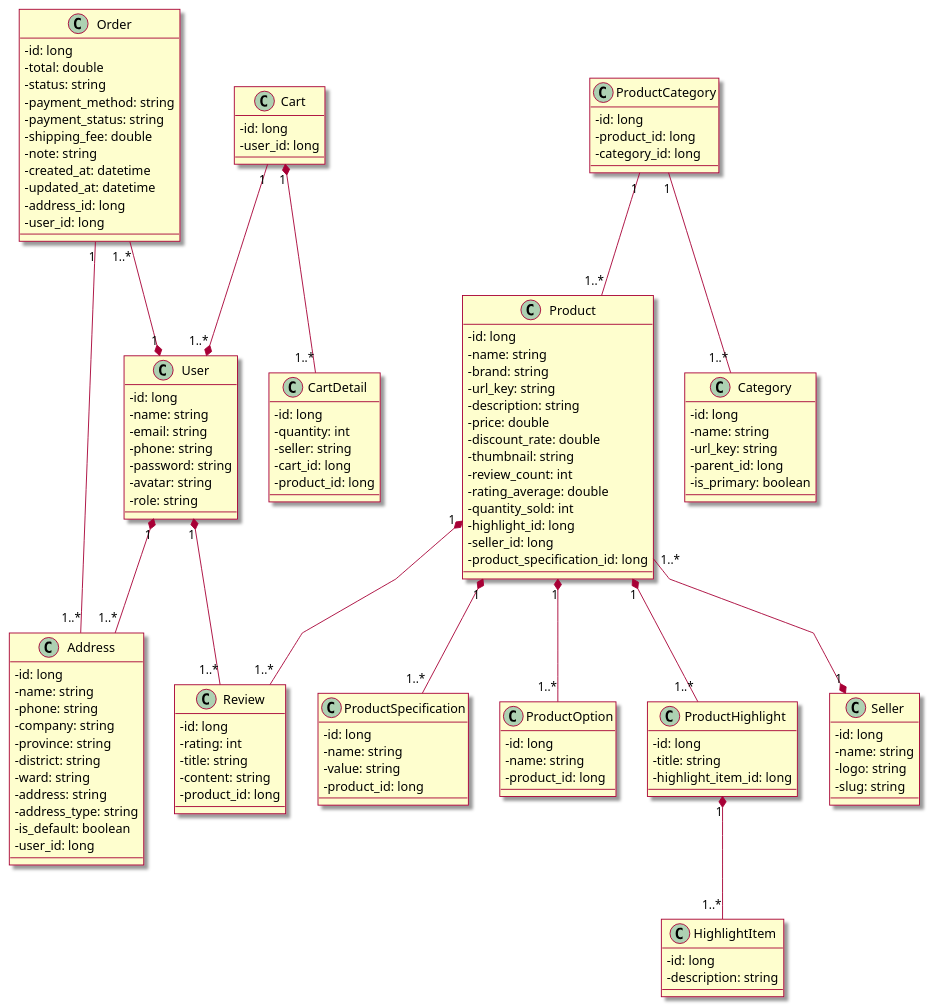
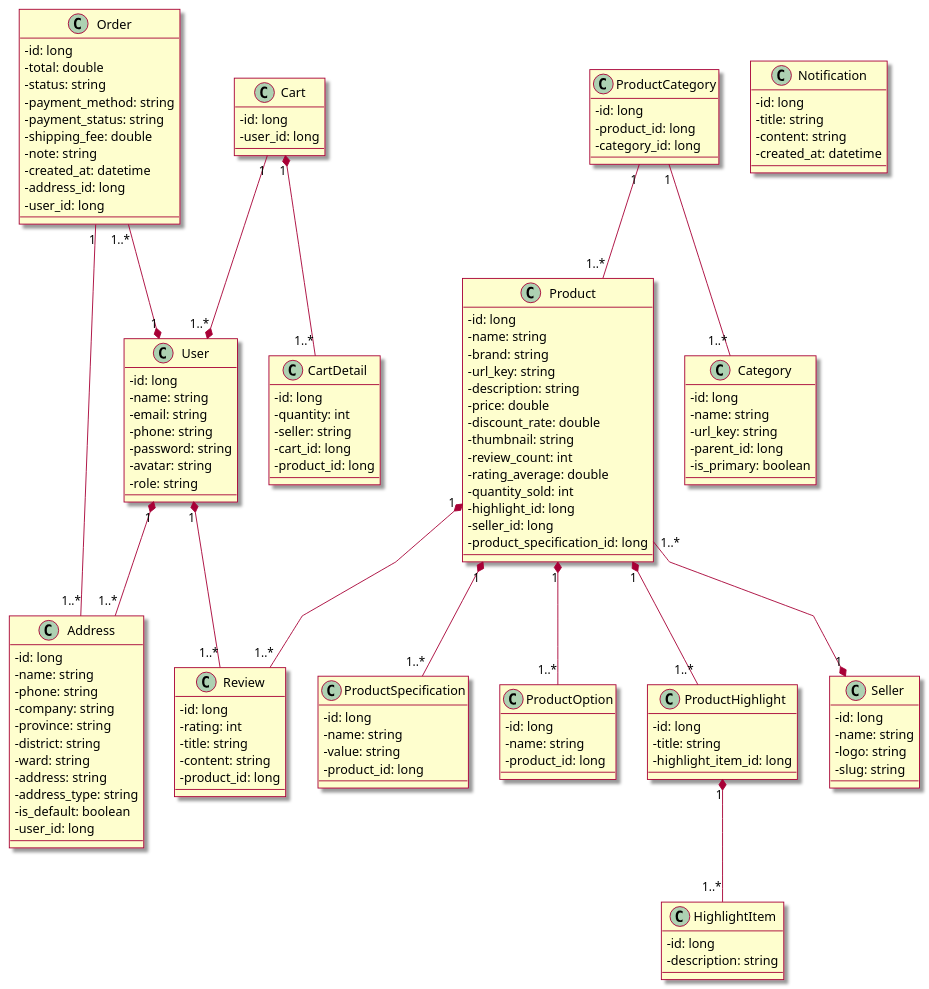
Before and after one commit to Marowota/ecommerce-plantuml: the diagram in Class/ClassDiagram.puml, drawn with PlantUML.

```diff
--- a/Class/ClassDiagram.puml
+++ b/Class/ClassDiagram.puml
@@ -1,154 +1,161 @@
 @startuml Class Diagram
 
 skin rose
 skinparam classAttributeIconSize 0
 ' skinparam linetype ortho
 skinparam linetype polyline
 
 ' Product
 class Product{
     - id: long
     - name: string
     - brand: string
     - url_key: string
     - description: string
     - price: double
     - discount_rate: double
     - thumbnail: string
     - review_count: int
     - rating_average: double
     - quantity_sold: int
     - highlight_id: long
     - seller_id: long
     - product_specification_id: long
 }
 
 class ProductSpecification{
     - id: long
     - name: string
     - value: string
     - product_id: long
 }
 
 class ProductOption{
     - id: long
     - name: string
     - product_id: long
 }
 
 class ProductCategory{
     - id: long
     - product_id: long
     - category_id: long
 }
 
 class ProductHighlight{
     - id: long
     - title: string
     - highlight_item_id: long
 }
 
 class HighlightItem{
     - id: long
     - description: string
 }
 
 class Seller{
     - id: long
     - name: string
     - logo: string
     - slug: string
 }
 
 ' Category
 class Category{
     - id: long
     - name: string
     - url_key: string
     - parent_id: long
     - is_primary: boolean
 }
 
 ' Review
 class Review{
     - id: long
     - rating: int
     - title: string
     - content: string
     - product_id: long
 }
 
 ' User
 class User{
     - id: long
     - name: string
     - email: string
     - phone: string
     - password: string
     - avatar: string
     - role: string
 }
 
 class Address{
     - id: long
     - name: string
     - phone: string
     - company: string
     - province: string
     - district: string
     - ward: string
     - address: string
     - address_type: string
     - is_default: boolean
     - user_id: long
 }
 
 
 ' Cart
 class Cart{
     - id: long
     - user_id: long
 }
 
 class CartDetail{
     - id: long
     - quantity: int
     - seller: string
     - cart_id: long
     - product_id: long
 }
 
 ' Order
 class Order{
     - id: long
     - total: double
     - status: string
     - payment_method: string
     - payment_status: string
     - shipping_fee: double
     - note: string
     - created_at: datetime
-    - updated_at: datetime
     - address_id: long
     - user_id: long
+}
+
+' Notification
+class Notification{
+    - id: long
+    - title: string
+    - content: string
+    - created_at: datetime
 }
 
 Product "1" *-- "1..*" ProductSpecification
 Product "1" *-- "1..*" ProductOption
 Product "1..* "--* "1" Seller
 Product "1" *-- "1..*" Review
 Product "1" *-- "1..*" ProductHighlight
 ProductHighlight "1" *-- "1..*" HighlightItem
 
 ProductCategory "1" -- "1..*" Product
 ProductCategory "1" -- "1..*" Category
 
 User "1" *-- "1..*" Address
 User "1" *-- "1..*" Review
 
 Cart "1" --* "1..*" User
 Cart "1" *-- "1..*" CartDetail
 
 Order "1..*" --* "1" User
 Order "1" -- "1..*" Address
 @enduml
```
